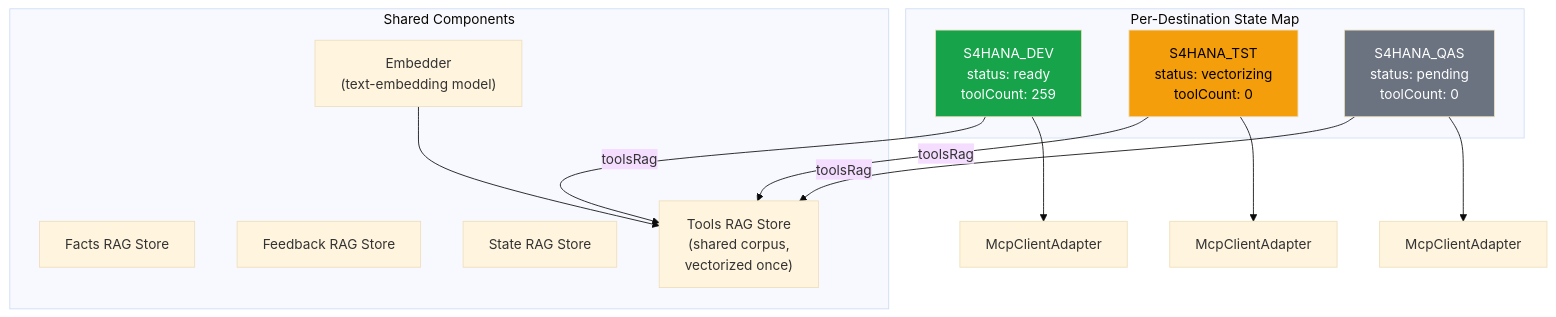
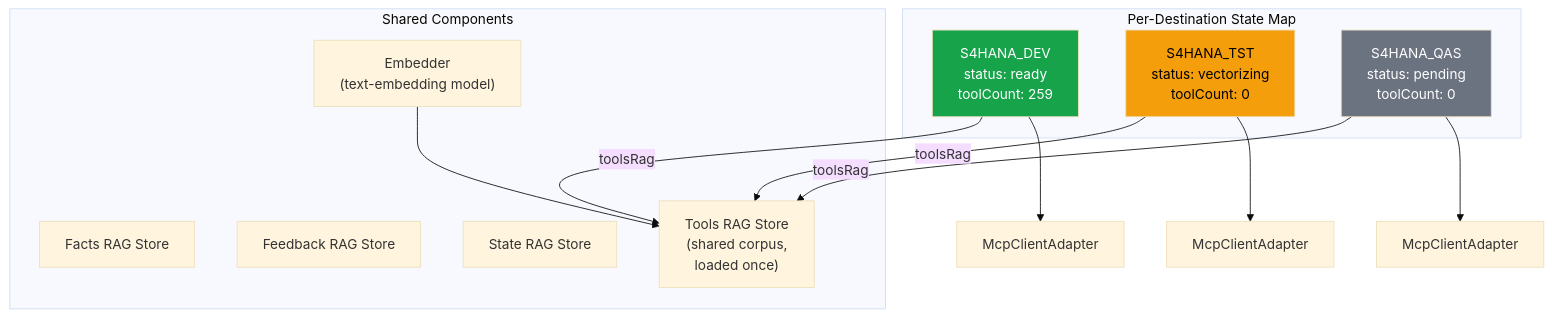
Before and after one commit to fr0ster/cloud-llm-hub: diagram 23 of 24 in docs/architecture/ARCHITECTURE.md, drawn with Mermaid (base theme). The commit also changed other lines of this file and 73 other files, not shown here.

````diff
--- a/docs/architecture/ARCHITECTURE.md
+++ b/docs/architecture/ARCHITECTURE.md
@@ -1234,30 +1234,30 @@
 ```mermaid
 graph TB
     subgraph "Shared Components"
         EMB["Embedder<br/>(text-embedding model)"]
         FACTS["Facts RAG Store"]
         FB["Feedback RAG Store"]
         STATE["State RAG Store"]
-        TOOLS["Tools RAG Store<br/>(shared corpus,<br/>vectorized once)"]
+        TOOLS["Tools RAG Store<br/>(shared corpus,<br/>loaded once)"]
     end
 
     subgraph "Per-Destination State Map"
         D1["S4HANA_DEV<br/>status: ready<br/>toolCount: 259"]
         D2["S4HANA_TST<br/>status: vectorizing<br/>toolCount: 0"]
         D3["S4HANA_QAS<br/>status: pending<br/>toolCount: 0"]
     end
 
     D1 --> MCP1["McpClientAdapter"]
     D2 --> MCP2["McpClientAdapter"]
     D3 --> MCP3["McpClientAdapter"]
 
     D1 -->|toolsRag| TOOLS
     D2 -->|toolsRag| TOOLS
     D3 -->|toolsRag| TOOLS
 
     EMB --> TOOLS
 
     style D1 fill:#16a34a,color:#fff
     style D2 fill:#f59e0b,color:#000
     style D3 fill:#6b7280,color:#fff
 ```
````
